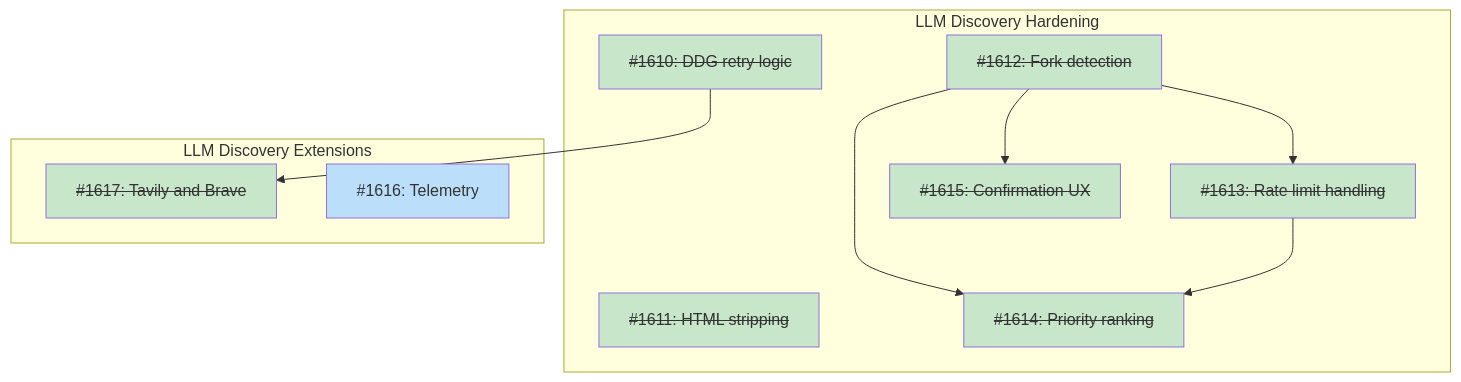
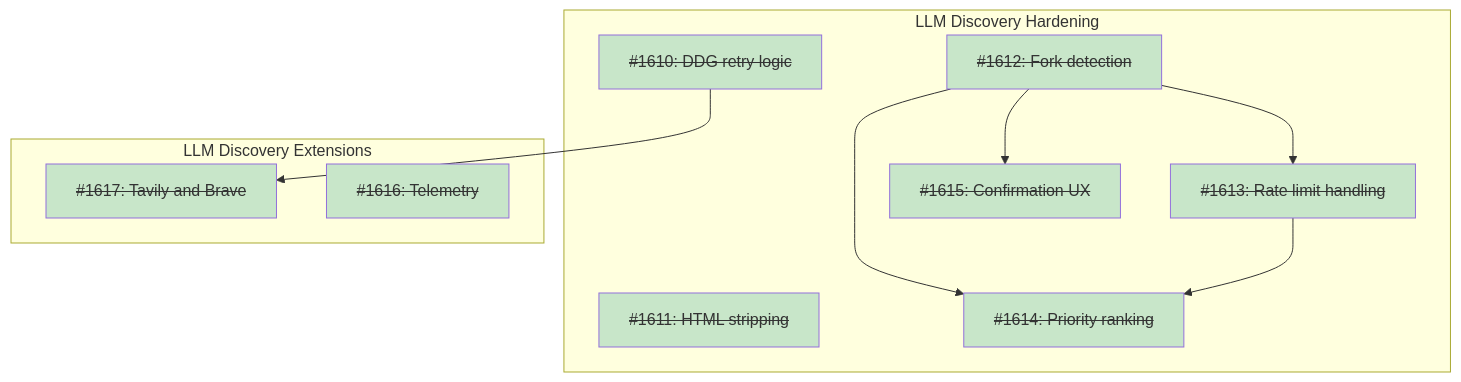
One commit to tsukumogami/tsuku changed the diagram in docs/designs/DESIGN-llm-discovery-implementation.md. Above: the diagram before and after it, drawn with Mermaid. The commit also changed other lines of this file, not shown here.

Commit message:
docs: mark #1616 complete in design doc

````diff
--- a/docs/designs/DESIGN-llm-discovery-implementation.md
+++ b/docs/designs/DESIGN-llm-discovery-implementation.md
@@ -61,30 +61,29 @@
 ```mermaid
 graph TD
     subgraph Hardening["LLM Discovery Hardening"]
         I1610["<s>#1610: DDG retry logic</s>"]
         I1611["<s>#1611: HTML stripping</s>"]
         I1612["<s>#1612: Fork detection</s>"]
         I1613["<s>#1613: Rate limit handling</s>"]
         I1614["<s>#1614: Priority ranking</s>"]
         I1615["<s>#1615: Confirmation UX</s>"]
     end
 
     subgraph Extensions["LLM Discovery Extensions"]
         I1617["<s>#1617: Tavily and Brave</s>"]
-        I1616["#1616: Telemetry"]
+        I1616["<s>#1616: Telemetry</s>"]
     end
 
     I1610 --> I1617
     I1612 --> I1613
     I1612 --> I1614
     I1612 --> I1615
     I1613 --> I1614
 
     classDef done fill:#c8e6c9
     classDef ready fill:#bbdefb
     classDef blocked fill:#fff9c4
     classDef needsDesign fill:#e1bee7
 
-    class I1610,I1611,I1612,I1613,I1614,I1615,I1617 done
-    class I1616 ready
+    class I1610,I1611,I1612,I1613,I1614,I1615,I1617,I1616 done
 ```
````
